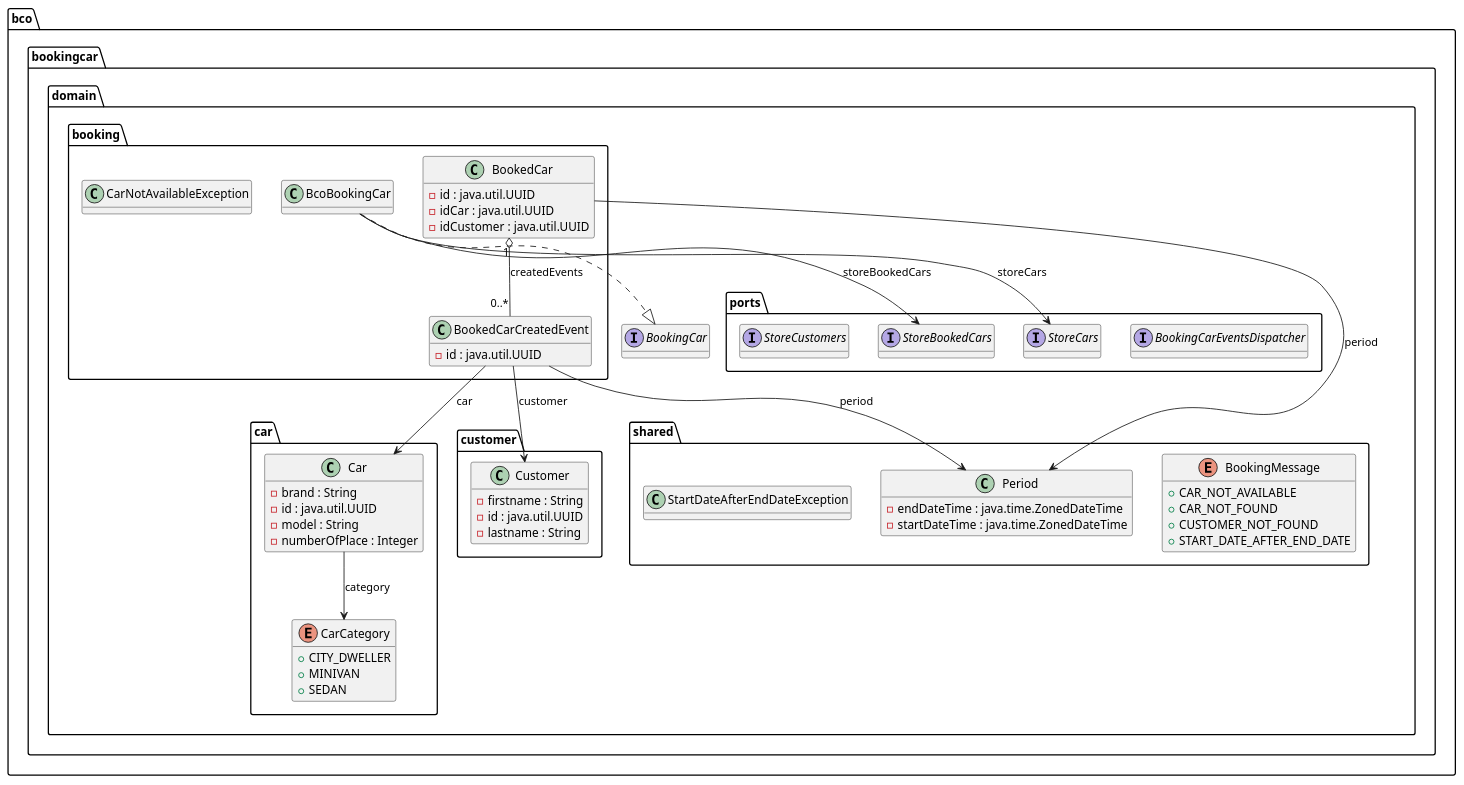
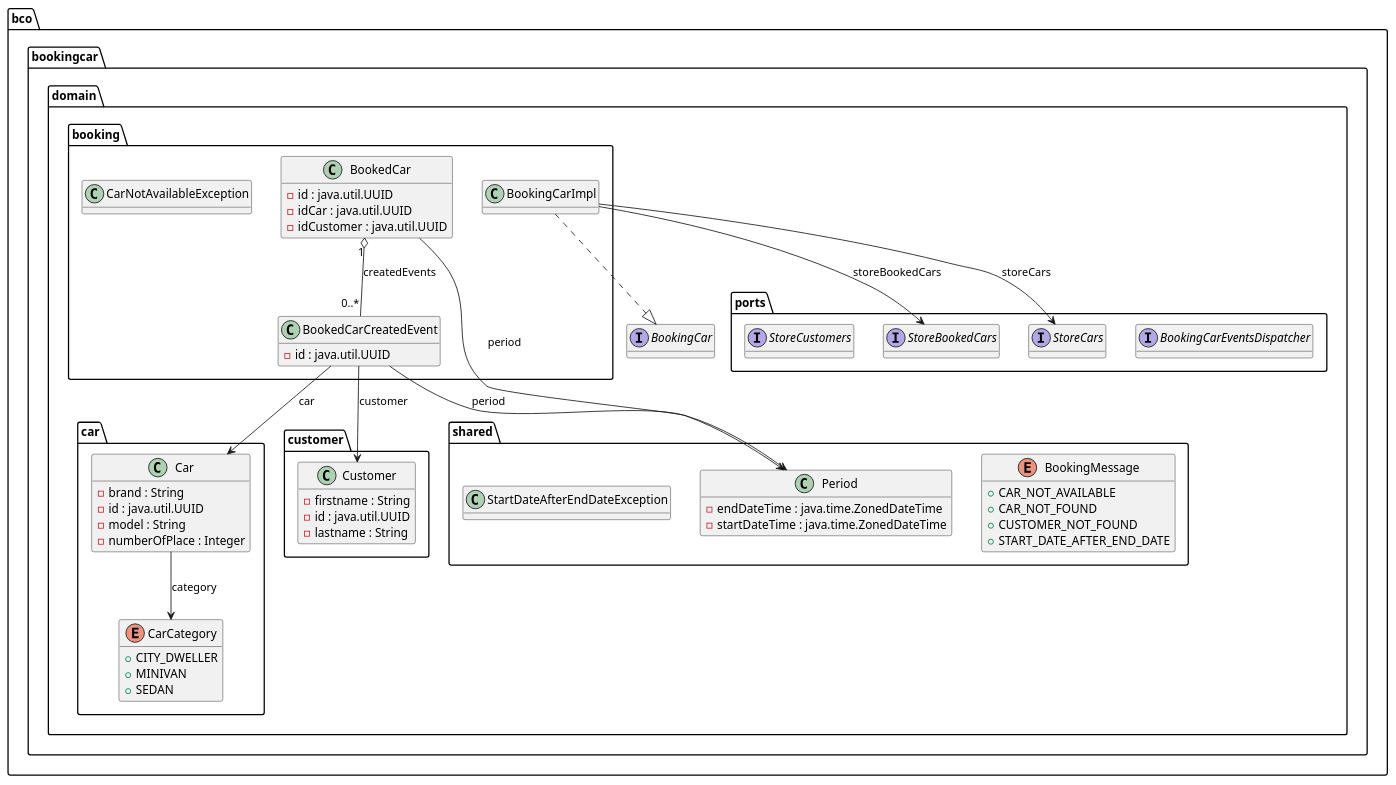
Before and after one commit to benjamins44/bookingcar: the diagram in bookingcar-domain/docs/domain.puml, drawn with PlantUML. The commit also changed 127 other files, not shown here.

```diff
--- a/bookingcar-domain/docs/domain.puml
+++ b/bookingcar-domain/docs/domain.puml
@@ -1,154 +1,156 @@
 @startuml
 
 interface bco.bookingcar.domain.BookingCar {
 	{method}  {abstract} +book ( paramCar1 : bco.bookingcar.domain.car.Car , paramPeriod2 : bco.bookingcar.domain.shared.Period , paramCustomer3 : bco.bookingcar.domain.customer.Customer ) : bco.bookingcar.domain.booking.BookedCar
 	{method}  {abstract} +carIsBookedOn ( paramCar1 : bco.bookingcar.domain.car.Car , paramPeriod2 : bco.bookingcar.domain.shared.Period ) : boolean
-}
-
-
-class bco.bookingcar.domain.booking.BcoBookingCar {
-	{method} +book ( paramCar1 : bco.bookingcar.domain.car.Car , paramPeriod2 : bco.bookingcar.domain.shared.Period , paramCustomer3 : bco.bookingcar.domain.customer.Customer ) : bco.bookingcar.domain.booking.BookedCar
-	{method} +carIsBookedOn ( paramCar1 : bco.bookingcar.domain.car.Car , paramPeriod2 : bco.bookingcar.domain.shared.Period ) : boolean
 }
 
 
 class bco.bookingcar.domain.booking.BookedCar {
 	{field} -id : java.util.UUID
 	{field} -idCar : java.util.UUID
 	{field} -idCustomer : java.util.UUID
 	{method} +addEvent ( paramBookedCarCreatedEvent1 : bco.bookingcar.domain.booking.BookedCarCreatedEvent ) : bco.bookingcar.domain.booking.BookedCar
 	{method}  {static} +builder () : bco.bookingcar.domain.booking.BookedCar$BookedCarBuilder
 	{method} #canEqual ( paramObject1 : Object ) : boolean
 	{method} +equals ( paramObject1 : Object ) : boolean
 	{method} +hashCode () : int
 	{method} +toString () : String
 	{method} +withCreatedEvents ( paramList1 : java.util.List ) : bco.bookingcar.domain.booking.BookedCar
 	{method} +withId ( paramUUID1 : java.util.UUID ) : bco.bookingcar.domain.booking.BookedCar
 	{method} +withIdCar ( paramUUID1 : java.util.UUID ) : bco.bookingcar.domain.booking.BookedCar
 	{method} +withIdCustomer ( paramUUID1 : java.util.UUID ) : bco.bookingcar.domain.booking.BookedCar
 	{method} +withPeriod ( paramPeriod1 : bco.bookingcar.domain.shared.Period ) : bco.bookingcar.domain.booking.BookedCar
 }
 
 
 class bco.bookingcar.domain.booking.BookedCarCreatedEvent {
 	{field} -id : java.util.UUID
 	{method}  {static} +builder () : bco.bookingcar.domain.booking.BookedCarCreatedEvent$BookedCarCreatedEventBuilder
 	{method} +withCar ( paramCar1 : bco.bookingcar.domain.car.Car ) : bco.bookingcar.domain.booking.BookedCarCreatedEvent
 	{method} +withCustomer ( paramCustomer1 : bco.bookingcar.domain.customer.Customer ) : bco.bookingcar.domain.booking.BookedCarCreatedEvent
 	{method} +withId ( paramUUID1 : java.util.UUID ) : bco.bookingcar.domain.booking.BookedCarCreatedEvent
 	{method} +withPeriod ( paramPeriod1 : bco.bookingcar.domain.shared.Period ) : bco.bookingcar.domain.booking.BookedCarCreatedEvent
+}
+
+
+class bco.bookingcar.domain.booking.BookingCarImpl {
+	{method} +book ( paramCar1 : bco.bookingcar.domain.car.Car , paramPeriod2 : bco.bookingcar.domain.shared.Period , paramCustomer3 : bco.bookingcar.domain.customer.Customer ) : bco.bookingcar.domain.booking.BookedCar
+	{method} +carIsBookedOn ( paramCar1 : bco.bookingcar.domain.car.Car , paramPeriod2 : bco.bookingcar.domain.shared.Period ) : boolean
 }
 
 
 class bco.bookingcar.domain.booking.CarNotAvailableException {
 }
 
 
 class bco.bookingcar.domain.car.Car {
 	{field} -brand : String
 	{field} -id : java.util.UUID
 	{field} -model : String
 	{field} -numberOfPlace : Integer
 	{method}  {static} +builder () : bco.bookingcar.domain.car.Car$CarBuilder
 	{method} #canEqual ( paramObject1 : Object ) : boolean
 	{method} +equals ( paramObject1 : Object ) : boolean
 	{method} +hashCode () : int
 	{method} +toString () : String
 	{method} +withBrand ( paramString1 : String ) : bco.bookingcar.domain.car.Car
 	{method} +withCategory ( paramCarCategory1 : bco.bookingcar.domain.car.CarCategory ) : bco.bookingcar.domain.car.Car
 	{method} +withId ( paramUUID1 : java.util.UUID ) : bco.bookingcar.domain.car.Car
 	{method} +withModel ( paramString1 : String ) : bco.bookingcar.domain.car.Car
 	{method} +withNumberOfPlace ( paramInteger1 : Integer ) : bco.bookingcar.domain.car.Car
 }
 
 
 enum bco.bookingcar.domain.car.CarCategory {
 	{field} +CITY_DWELLER
 	{field} +MINIVAN
 	{field} +SEDAN
 }
 
 
 class bco.bookingcar.domain.customer.Customer {
 	{field} -firstname : String
 	{field} -id : java.util.UUID
 	{field} -lastname : String
 	{method}  {static} +builder () : bco.bookingcar.domain.customer.Customer$CustomerBuilder
 	{method} #canEqual ( paramObject1 : Object ) : boolean
 	{method} +equals ( paramObject1 : Object ) : boolean
 	{method} +hashCode () : int
 	{method} +toString () : String
 	{method} +withFirstname ( paramString1 : String ) : bco.bookingcar.domain.customer.Customer
 	{method} +withId ( paramUUID1 : java.util.UUID ) : bco.bookingcar.domain.customer.Customer
 	{method} +withLastname ( paramString1 : String ) : bco.bookingcar.domain.customer.Customer
 }
 
 
 interface bco.bookingcar.domain.ports.BookingCarEventsDispatcher {
 	{method}  {abstract} +dispatch ( paramList1 : java.util.List ) : void
 }
 
 
 interface bco.bookingcar.domain.ports.StoreBookedCars {
 	{method}  {abstract} +add ( paramBookedCar1 : bco.bookingcar.domain.booking.BookedCar ) : bco.bookingcar.domain.booking.BookedCar
 	{method}  {abstract} +getAll ( paramPeriod1 : bco.bookingcar.domain.shared.Period ) : java.util.List
 	{method}  {abstract} +getBookedCarByCarAndPeriod ( paramCar1 : bco.bookingcar.domain.car.Car , paramPeriod2 : bco.bookingcar.domain.shared.Period ) : java.util.List
 }
 
 
 interface bco.bookingcar.domain.ports.StoreCars {
 	{method}  {abstract} +add ( paramCar1 : bco.bookingcar.domain.car.Car ) : bco.bookingcar.domain.car.Car
 	{method}  {abstract} +addAll ( paramList1 : java.util.List ) : java.util.List
 	{method}  {abstract} +getAll () : java.util.List
 	{method}  {abstract} +getById ( paramUUID1 : java.util.UUID ) : java.util.Optional
 	{method}  {abstract} +saveAll ( paramList1 : java.util.List ) : java.util.List
 }
 
 
 interface bco.bookingcar.domain.ports.StoreCustomers {
 	{method}  {abstract} +add ( paramCustomer1 : bco.bookingcar.domain.customer.Customer ) : bco.bookingcar.domain.customer.Customer
 	{method}  {abstract} +getById ( paramUUID1 : java.util.UUID ) : java.util.Optional
 }
 
 
 enum bco.bookingcar.domain.shared.BookingMessage {
 	{field} +CAR_NOT_AVAILABLE
 	{field} +CAR_NOT_FOUND
 	{field} +CUSTOMER_NOT_FOUND
 	{field} +START_DATE_AFTER_END_DATE
 }
 
 
 class bco.bookingcar.domain.shared.Period {
 	{field} -endDateTime : java.time.ZonedDateTime
 	{field} -startDateTime : java.time.ZonedDateTime
 	{method}  {static} +builder () : bco.bookingcar.domain.shared.Period$PeriodBuilder
 	{method} #canEqual ( paramObject1 : Object ) : boolean
 	{method} +equals ( paramObject1 : Object ) : boolean
 	{method} +hasIntersectionWith ( paramPeriod1 : bco.bookingcar.domain.shared.Period ) : boolean
 	{method} +hashCode () : int
+	{method} +nextDay () : bco.bookingcar.domain.shared.Period
+	{method} +previousDay () : bco.bookingcar.domain.shared.Period
 	{method} +toString () : String
 	{method} +withEndDateTime ( paramZonedDateTime1 : java.time.ZonedDateTime ) : bco.bookingcar.domain.shared.Period
 	{method} +withStartDateTime ( paramZonedDateTime1 : java.time.ZonedDateTime ) : bco.bookingcar.domain.shared.Period
 }
 
 
 class bco.bookingcar.domain.shared.StartDateAfterEndDateException {
 }
 
 
 
 
-bco.bookingcar.domain.booking.BcoBookingCar -->  bco.bookingcar.domain.ports.StoreBookedCars : storeBookedCars
-bco.bookingcar.domain.booking.BcoBookingCar -->  bco.bookingcar.domain.ports.StoreCars : storeCars
-bco.bookingcar.domain.booking.BcoBookingCar ..|>  bco.bookingcar.domain.BookingCar
 bco.bookingcar.domain.booking.BookedCar "1" o-- "0..*"  bco.bookingcar.domain.booking.BookedCarCreatedEvent : createdEvents
 bco.bookingcar.domain.booking.BookedCar -->  bco.bookingcar.domain.shared.Period : period
 bco.bookingcar.domain.booking.BookedCarCreatedEvent -->  bco.bookingcar.domain.car.Car : car
 bco.bookingcar.domain.booking.BookedCarCreatedEvent -->  bco.bookingcar.domain.customer.Customer : customer
 bco.bookingcar.domain.booking.BookedCarCreatedEvent -->  bco.bookingcar.domain.shared.Period : period
+bco.bookingcar.domain.booking.BookingCarImpl -->  bco.bookingcar.domain.ports.StoreBookedCars : storeBookedCars
+bco.bookingcar.domain.booking.BookingCarImpl -->  bco.bookingcar.domain.ports.StoreCars : storeCars
+bco.bookingcar.domain.booking.BookingCarImpl ..|>  bco.bookingcar.domain.BookingCar
 bco.bookingcar.domain.car.Car -->  bco.bookingcar.domain.car.CarCategory : category
 
 hide methods
 
 @enduml
```
